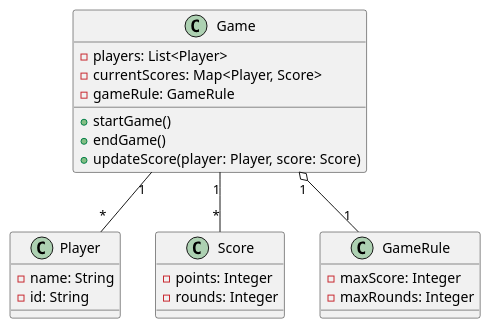
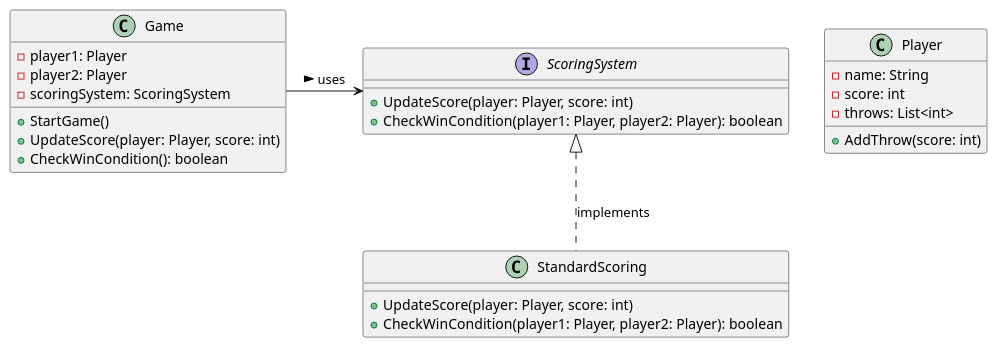
The diagram in diagram.puml (mirno/dartCounter2_0), drawn with PlantUML before and after one commit. The commit also changed 8 other files, not shown here.

```diff
--- a/diagram.puml
+++ b/diagram.puml
@@ -1,29 +1,30 @@
 @startuml
 class Game {
-  - players: List<Player>
-  - currentScores: Map<Player, Score>
-  - gameRule: GameRule
-  + startGame()
-  + endGame()
-  + updateScore(player: Player, score: Score)
+    - player1: Player
+    - player2: Player
+    - scoringSystem: ScoringSystem
+    + StartGame()
+    + UpdateScore(player: Player, score: int)
+    + CheckWinCondition(): boolean
 }
 
 class Player {
-  - name: String
-  - id: String
+    - name: String
+    - score: int
+    - throws: List<int>
+    + AddThrow(score: int)
 }
 
-class Score {
-  - points: Integer
-  - rounds: Integer
+interface ScoringSystem {
+    + UpdateScore(player: Player, score: int)
+    + CheckWinCondition(player1: Player, player2: Player): boolean
 }
 
-class GameRule {
-  - maxScore: Integer
-  - maxRounds: Integer
+class StandardScoring {
+    + UpdateScore(player: Player, score: int)
+    + CheckWinCondition(player1: Player, player2: Player): boolean
 }
 
-Game "1" -- "*" Player
-Game "1" -- "*" Score
-Game "1" o-- "1" GameRule
+Game -right-> ScoringSystem : uses >
+ScoringSystem <|.. StandardScoring : implements
 @enduml
```
